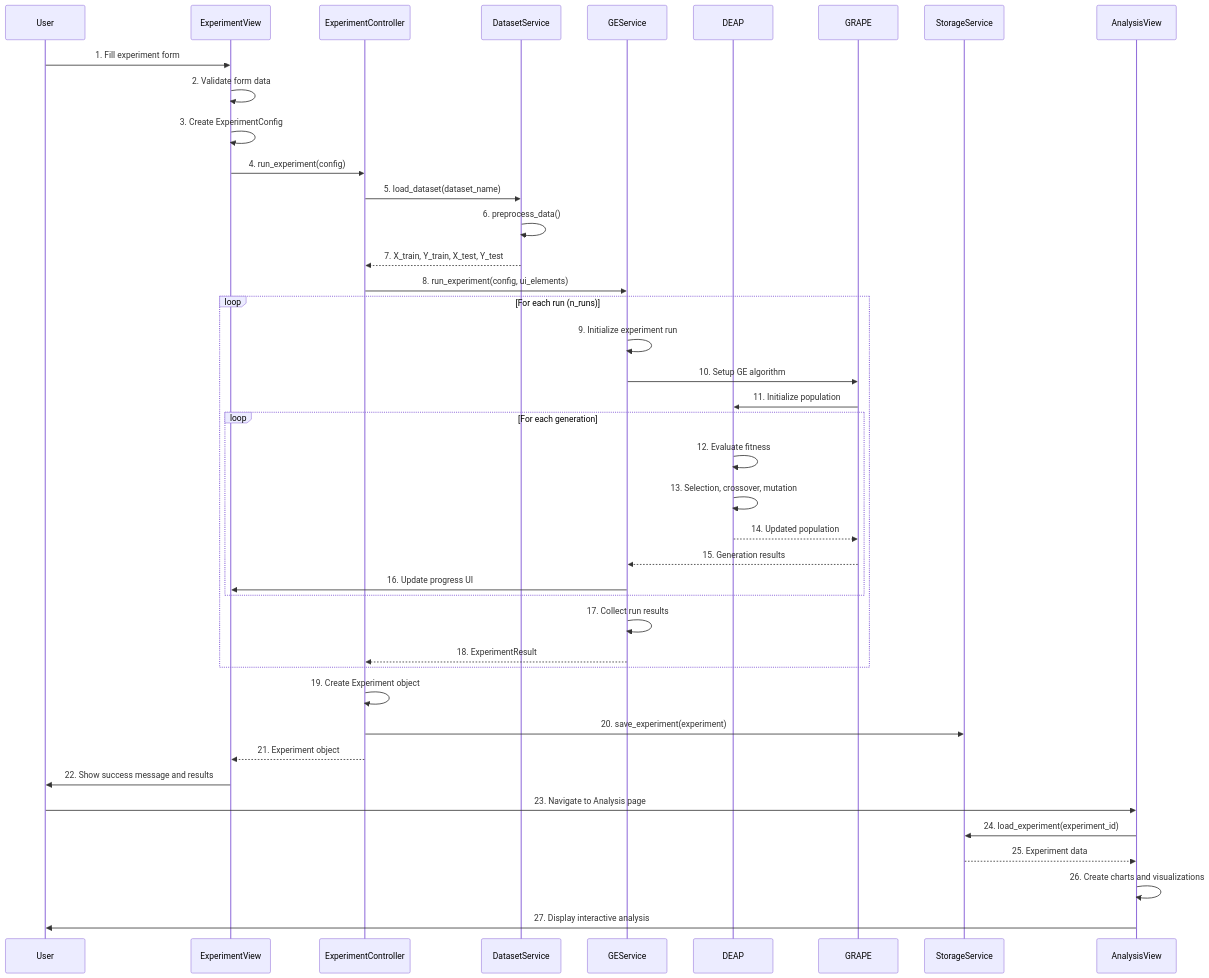
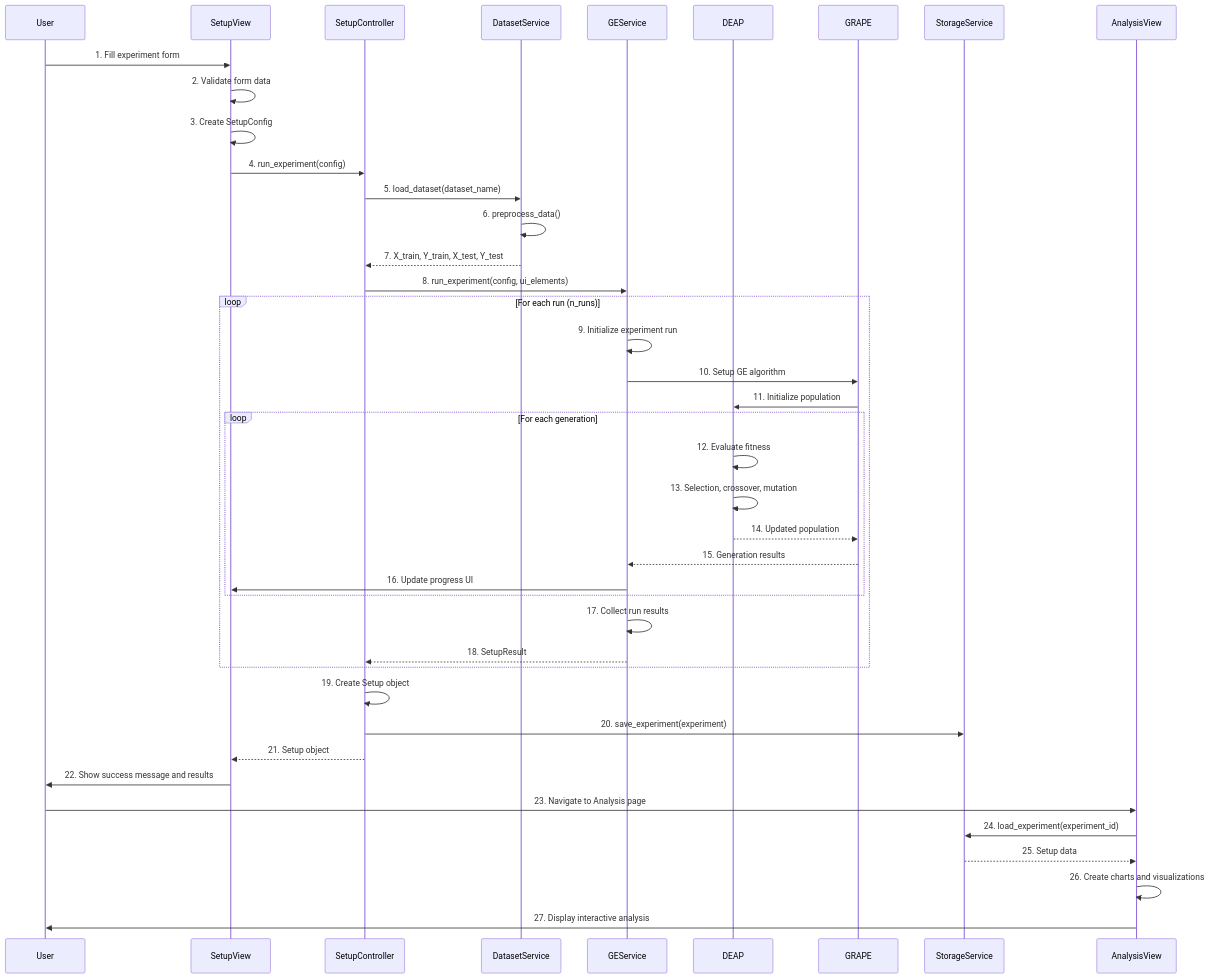
Before and after one commit to aghilhooshmand/UGE: the third of 8 diagrams in ARCHITECTURE_DIAGRAMS.md, drawn with Mermaid. The commit also changed other lines of this file and 24 other files, not shown here.

````diff
--- a/ARCHITECTURE_DIAGRAMS.md
+++ b/ARCHITECTURE_DIAGRAMS.md
@@ -267,51 +267,51 @@
 ```mermaid
 sequenceDiagram
     participant User
-    participant ExperimentView
-    participant ExperimentController
+    participant SetupView
+    participant SetupController
     participant DatasetService
     participant GEService
     participant DEAP
     participant GRAPE
     participant StorageService
     participant AnalysisView
     
-    User->>ExperimentView: 1. Fill experiment form
-    ExperimentView->>ExperimentView: 2. Validate form data
-    ExperimentView->>ExperimentView: 3. Create ExperimentConfig
-    ExperimentView->>ExperimentController: 4. run_experiment(config)
+    User->>SetupView: 1. Fill experiment form
+    SetupView->>SetupView: 2. Validate form data
+    SetupView->>SetupView: 3. Create SetupConfig
+    SetupView->>SetupController: 4. run_experiment(config)
     
-    ExperimentController->>DatasetService: 5. load_dataset(dataset_name)
+    SetupController->>DatasetService: 5. load_dataset(dataset_name)
     DatasetService->>DatasetService: 6. preprocess_data()
-    DatasetService-->>ExperimentController: 7. X_train, Y_train, X_test, Y_test
+    DatasetService-->>SetupController: 7. X_train, Y_train, X_test, Y_test
     
-    ExperimentController->>GEService: 8. run_experiment(config, ui_elements)
+    SetupController->>GEService: 8. run_experiment(config, ui_elements)
     
     loop For each run (n_runs)
         GEService->>GEService: 9. Initialize experiment run
         GEService->>GRAPE: 10. Setup GE algorithm
         GRAPE->>DEAP: 11. Initialize population
         
         loop For each generation
             DEAP->>DEAP: 12. Evaluate fitness
             DEAP->>DEAP: 13. Selection, crossover, mutation
             DEAP-->>GRAPE: 14. Updated population
             GRAPE-->>GEService: 15. Generation results
-            GEService->>ExperimentView: 16. Update progress UI
+            GEService->>SetupView: 16. Update progress UI
         end
         
         GEService->>GEService: 17. Collect run results
-        GEService-->>ExperimentController: 18. ExperimentResult
+        GEService-->>SetupController: 18. SetupResult
     end
     
-    ExperimentController->>ExperimentController: 19. Create Experiment object
-    ExperimentController->>StorageService: 20. save_experiment(experiment)
-    ExperimentController-->>ExperimentView: 21. Experiment object
-    ExperimentView->>User: 22. Show success message and results
+    SetupController->>SetupController: 19. Create Setup object
+    SetupController->>StorageService: 20. save_experiment(experiment)
+    SetupController-->>SetupView: 21. Setup object
+    SetupView->>User: 22. Show success message and results
     
     User->>AnalysisView: 23. Navigate to Analysis page
     AnalysisView->>StorageService: 24. load_experiment(experiment_id)
-    StorageService-->>AnalysisView: 25. Experiment data
+    StorageService-->>AnalysisView: 25. Setup data
     AnalysisView->>AnalysisView: 26. Create charts and visualizations
     AnalysisView->>User: 27. Display interactive analysis
 ```
````
